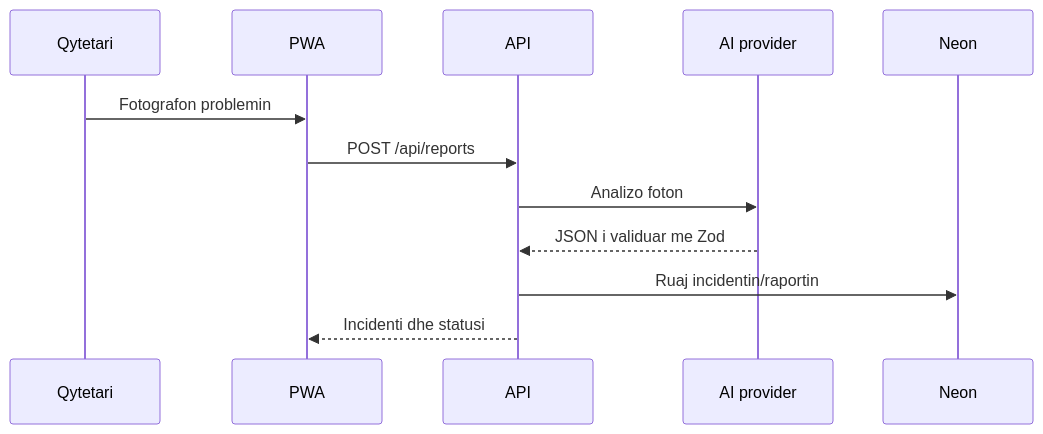
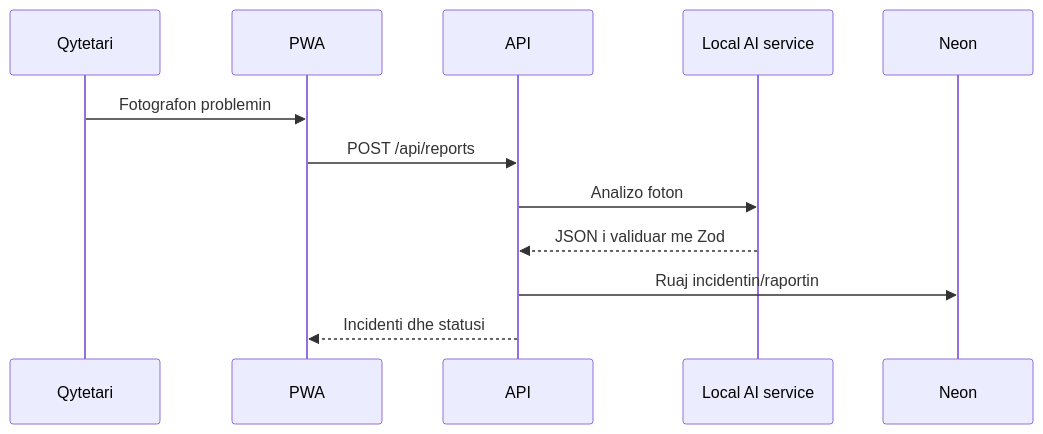
Before and after one commit to demhasa/cityfix: the third of 4 diagrams in docs/design.md, drawn with Mermaid. The commit also changed other lines of this file and 19 other files, not shown here.

````diff
--- a/docs/design.md
+++ b/docs/design.md
@@ -33,14 +33,14 @@
 ```mermaid
 sequenceDiagram
   participant C as Qytetari
   participant P as PWA
   participant API as API
-  participant AI as AI provider
+  participant AI as Local AI service
   participant DB as Neon
   C->>P: Fotografon problemin
   P->>API: POST /api/reports
   API->>AI: Analizo foton
   AI-->>API: JSON i validuar me Zod
   API->>DB: Ruaj incidentin/raportin
   API-->>P: Incidenti dhe statusi
 ```
````
